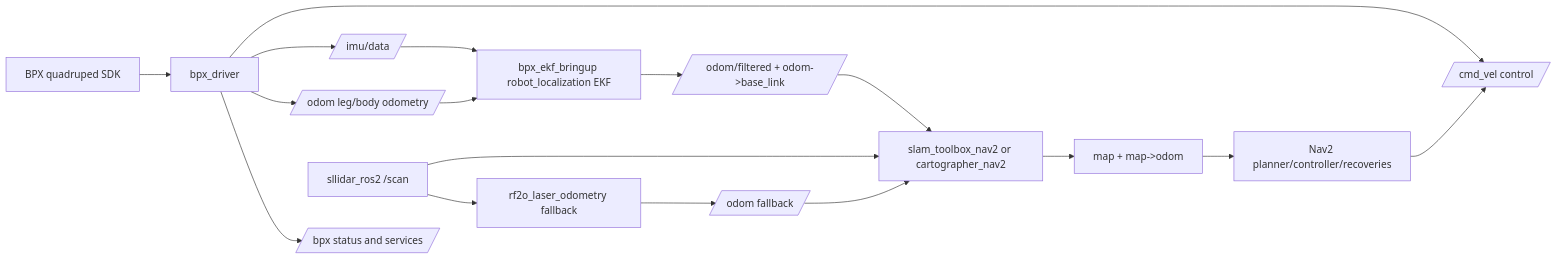
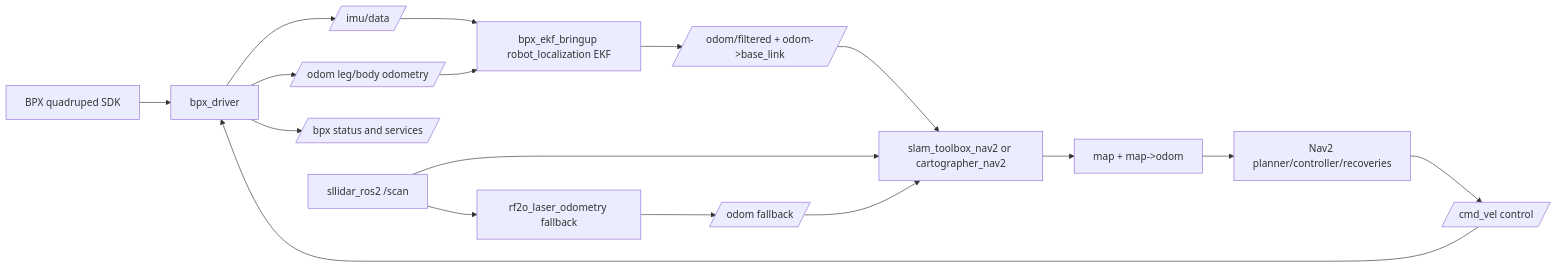
One commit to maiyunxi173-afk/bpx-robot-ros2-navigation-portfolio changed the diagram in assets/diagrams/system_architecture.mmd. Above: the diagram before and after it, drawn with Mermaid. The commit also changed 14 other files, not shown here.

```diff
--- a/assets/diagrams/system_architecture.mmd
+++ b/assets/diagrams/system_architecture.mmd
@@ -1,17 +1,17 @@
 flowchart LR
     BPX[BPX quadruped SDK] --> Driver[bpx_driver]
-    Driver --> Cmd[/cmd_vel control/]
+    Cmd[/cmd_vel control/] --> Driver
     Driver --> IMU[/imu/data/]
     Driver --> LegOdom[/odom leg/body odometry/]
     Driver --> State[/bpx status and services/]
     IMU --> EKF[bpx_ekf_bringup robot_localization EKF]
     LegOdom --> EKF
     EKF --> Fused[/odom/filtered + odom->base_link/]
     Lidar[sllidar_ros2 /scan] --> SLAM[slam_toolbox_nav2 or cartographer_nav2]
     Lidar --> RF2O[rf2o_laser_odometry fallback]
     RF2O --> Fallback[/odom fallback/]
     Fused --> SLAM
     Fallback --> SLAM
     SLAM --> Map[map + map->odom]
     Map --> Nav2[Nav2 planner/controller/recoveries]
     Nav2 --> Cmd
```
